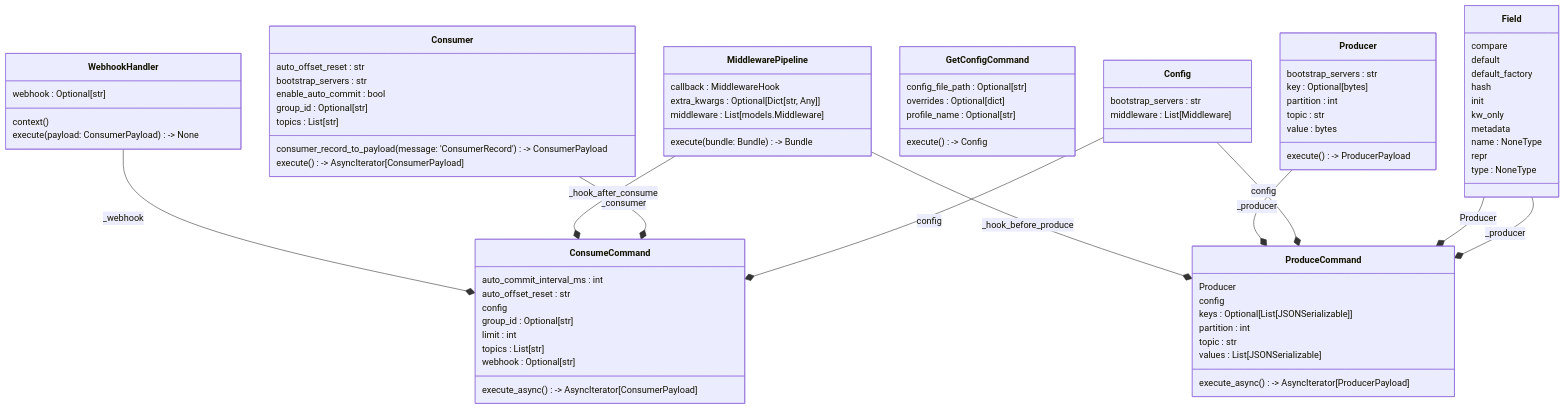
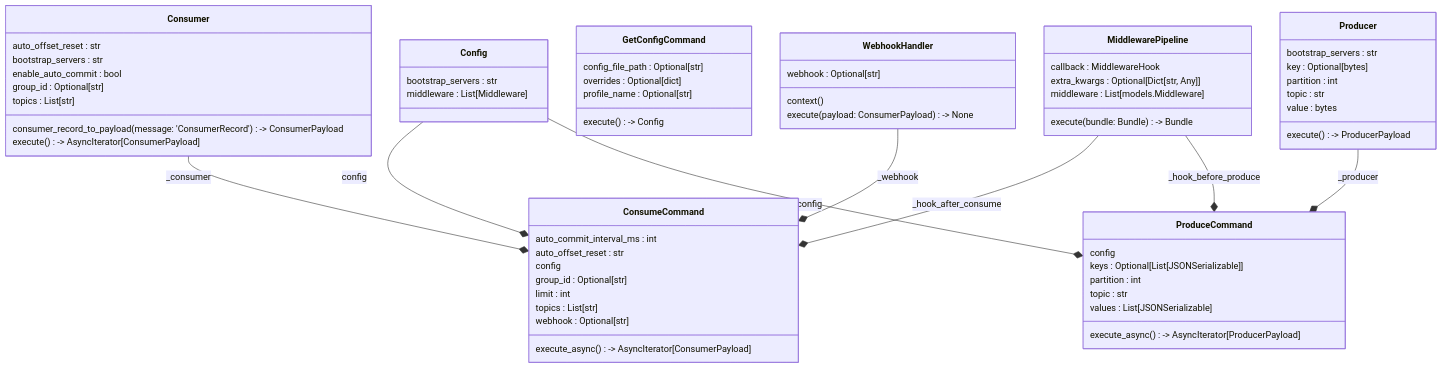
The diagram in docs/diagrams/classes_kafkaescli.app.mmd (jonykalavera/kafkaescli), drawn with Mermaid before and after one commit. The commit also changed 10 other files, not shown here.

Commit message:
groom and diagrams

```diff
--- a/docs/diagrams/classes_kafkaescli.app.mmd
+++ b/docs/diagrams/classes_kafkaescli.app.mmd
@@ -1,79 +1,64 @@
 classDiagram
   class Config {
     bootstrap_servers : str
     middleware : List[Middleware]
   }
   class ConsumeCommand {
     auto_commit_interval_ms : int
     auto_offset_reset : str
     config
     group_id : Optional[str]
     limit : int
     topics : List[str]
     webhook : Optional[str]
     execute_async() -> AsyncIterator[ConsumerPayload]
   }
   class Consumer {
     auto_offset_reset : str
     bootstrap_servers : str
     enable_auto_commit : bool
     group_id : Optional[str]
     topics : List[str]
     consumer_record_to_payload(message: 'ConsumerRecord') -> ConsumerPayload
     execute() -> AsyncIterator[ConsumerPayload]
   }
-  class Field {
-    compare
-    default
-    default_factory
-    hash
-    init
-    kw_only
-    metadata
-    name : NoneType
-    repr
-    type : NoneType
-  }
   class GetConfigCommand {
     config_file_path : Optional[str]
     overrides : Optional[dict]
     profile_name : Optional[str]
     execute() -> Config
   }
   class MiddlewarePipeline {
     callback : MiddlewareHook
     extra_kwargs : Optional[Dict[str, Any]]
     middleware : List[models.Middleware]
     execute(bundle: Bundle) -> Bundle
   }
   class ProduceCommand {
-    Producer
     config
     keys : Optional[List[JSONSerializable]]
     partition : int
     topic : str
     values : List[JSONSerializable]
     execute_async() -> AsyncIterator[ProducerPayload]
   }
   class Producer {
     bootstrap_servers : str
     key : Optional[bytes]
     partition : int
     topic : str
     value : bytes
     execute() -> ProducerPayload
   }
   class WebhookHandler {
     webhook : Optional[str]
     context()
     execute(payload: ConsumerPayload) -> None
   }
-  Field --* ProduceCommand : _producer
-  Field --* ProduceCommand : Producer
   Config --* ConsumeCommand : config
   Config --* ProduceCommand : config
   Consumer --* ConsumeCommand : _consumer
   Producer --* ProduceCommand : _producer
   MiddlewarePipeline --* ConsumeCommand : _hook_after_consume
   MiddlewarePipeline --* ProduceCommand : _hook_before_produce
   WebhookHandler --* ConsumeCommand : _webhook
```
